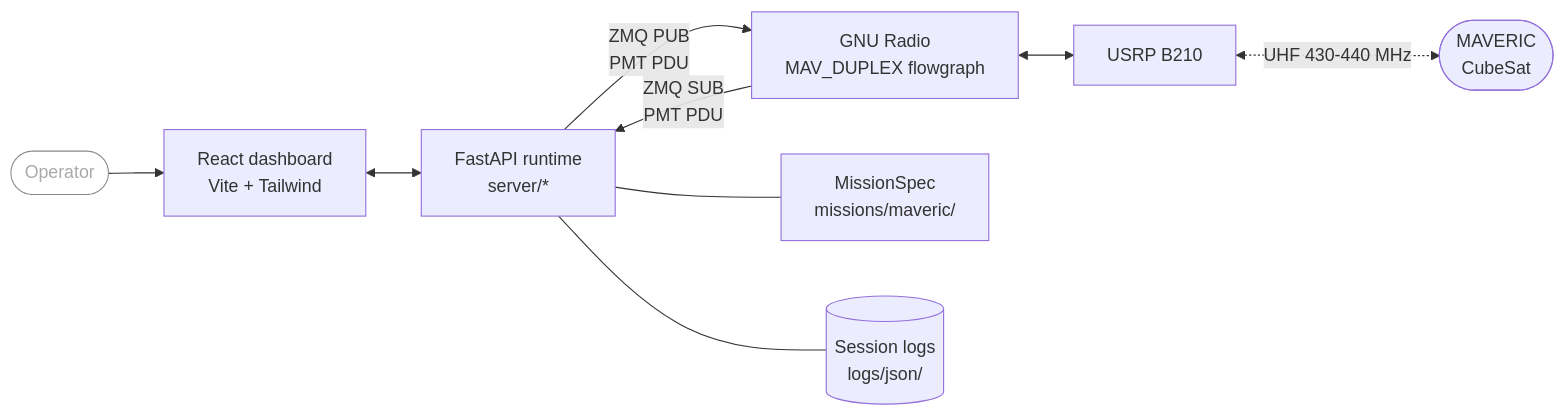
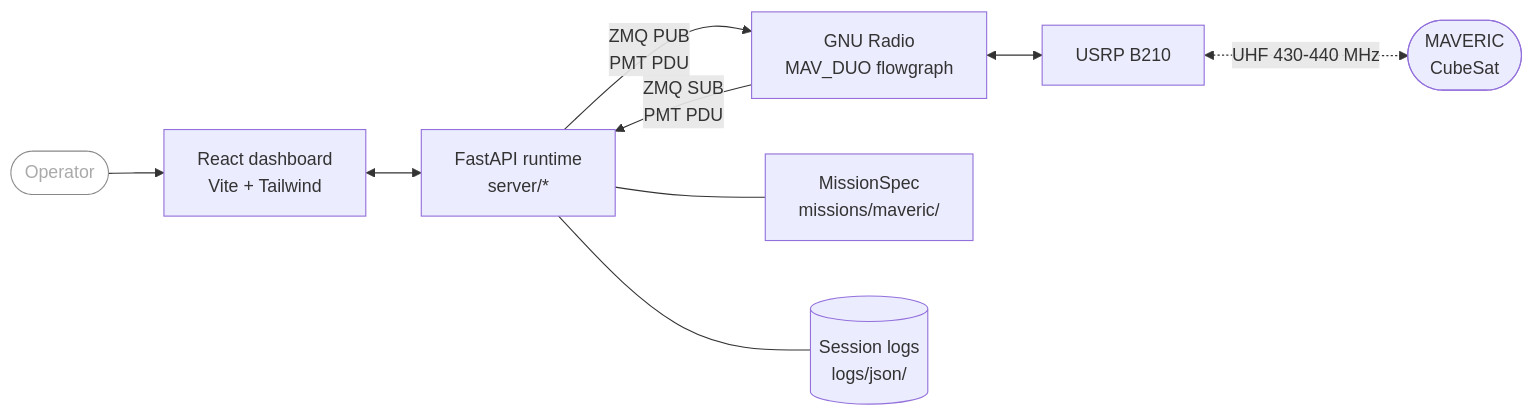
The first of 2 diagrams in README.md (totesirfan/MAVERIC-GSS-CODE), drawn with Mermaid before and after one commit. The commit also changed other lines of this file and 5 other files, not shown here.

Commit message:
feat(gnuradio): add MAV_DUO flowgraph assets

````diff
--- a/README.md
+++ b/README.md
@@ -129,12 +129,12 @@
 ```mermaid
 flowchart LR
     Op([Operator]):::op --> UI[React dashboard<br/>Vite + Tailwind]
     UI <--> RT[FastAPI runtime<br/>server/*]
-    RT -- ZMQ PUB<br/>PMT PDU --> GR[GNU Radio<br/>MAV_DUPLEX flowgraph]
+    RT -- ZMQ PUB<br/>PMT PDU --> GR[GNU Radio<br/>MAV_DUO flowgraph]
     GR -- ZMQ SUB<br/>PMT PDU --> RT
     GR <--> Radio[USRP B210]
     Radio <-. UHF 430-440 MHz .-> Sat([MAVERIC<br/>CubeSat])
     RT --- MS[MissionSpec<br/>missions/maveric/]
     RT --- LOG[(Session logs<br/>logs/json/)]
     classDef op fill:transparent,stroke:#888,color:#aaa
 ```
````
